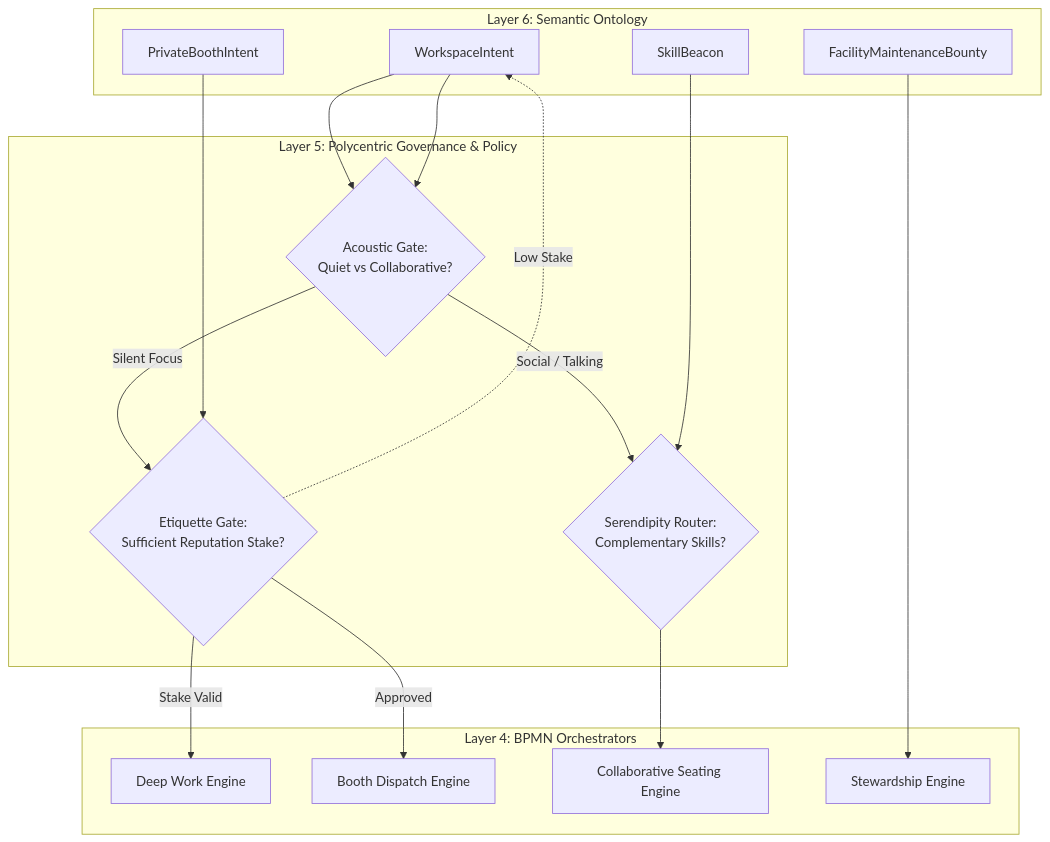
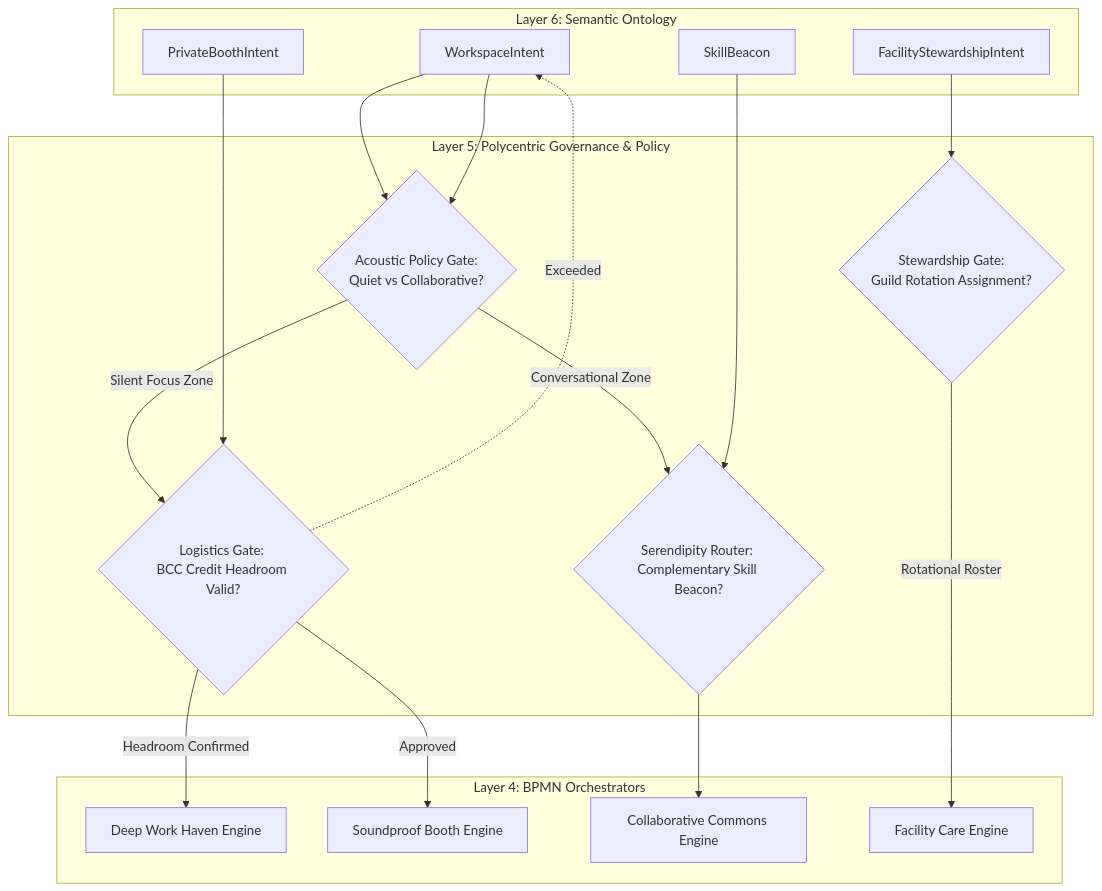
Before and after one commit to raffaine/collective: the third of 4 diagrams in docs/scenarios/epsilon_coworking.md, drawn with Mermaid. The commit also changed other lines of this file and 23 other files, not shown here.

````diff
--- a/docs/scenarios/epsilon_coworking.md
+++ b/docs/scenarios/epsilon_coworking.md
@@ -116,37 +138,39 @@
 ```mermaid
 graph TD
     subgraph Layer 6: Semantic Ontology
         L6_Work[WorkspaceIntent]
         L6_Booth[PrivateBoothIntent]
         L6_Beacon[SkillBeacon]
-        L6_Clean[FacilityMaintenanceBounty]
+        L6_Stew[FacilityStewardshipIntent]
     end
 
     subgraph Layer 5: Polycentric Governance & Policy
-        P_Acoustic{Acoustic Gate: <br>Quiet vs Collaborative?}
-        P_Rep{Etiquette Gate: <br>Sufficient Reputation Stake?}
-        P_Match{Serendipity Router: <br>Complementary Skills?}
+        P_Acoustic{Acoustic Policy Gate: <br>Quiet vs Collaborative?}
+        P_Trust{Logistics Gate: <br>BCC Credit Headroom Valid?}
+        P_Match{Serendipity Router: <br>Complementary Skill Beacon?}
+        P_Steward{Stewardship Gate: <br>Guild Rotation Assignment?}
     end
 
     subgraph Layer 4: BPMN Orchestrators
-        BPMN_Deep[Deep Work Engine]
-        BPMN_Booth[Booth Dispatch Engine]
-        BPMN_Collab[Collaborative Seating Engine]
-        BPMN_Clean[Stewardship Engine]
+        BPMN_Deep[Deep Work Haven Engine]
+        BPMN_Booth[Soundproof Booth Engine]
+        BPMN_Collab[Collaborative Commons Engine]
+        BPMN_Care[Facility Care Engine]
     end
 
     L6_Work --> P_Acoustic
-    P_Acoustic -->|Silent Focus| P_Rep
-    P_Rep -->|Stake Valid| BPMN_Deep
-    P_Rep -.->|Low Stake| L6_Work
+    P_Acoustic -->|Silent Focus Zone| P_Trust
+    P_Trust -->|Headroom Confirmed| BPMN_Deep
+    P_Trust -.->|Exceeded| L6_Work
 
-    L6_Booth --> P_Rep
-    P_Rep -->|Approved| BPMN_Booth
+    L6_Booth --> P_Trust
+    P_Trust -->|Approved| BPMN_Booth
 
     L6_Work --> P_Acoustic
-    P_Acoustic -->|Social / Talking| P_Match
+    P_Acoustic -->|Conversational Zone| P_Match
     L6_Beacon --> P_Match
     P_Match --> BPMN_Collab
 
-    L6_Clean --> BPMN_Clean
+    L6_Stew --> P_Steward
+    P_Steward -->|Rotational Roster| BPMN_Care
 ```
````
